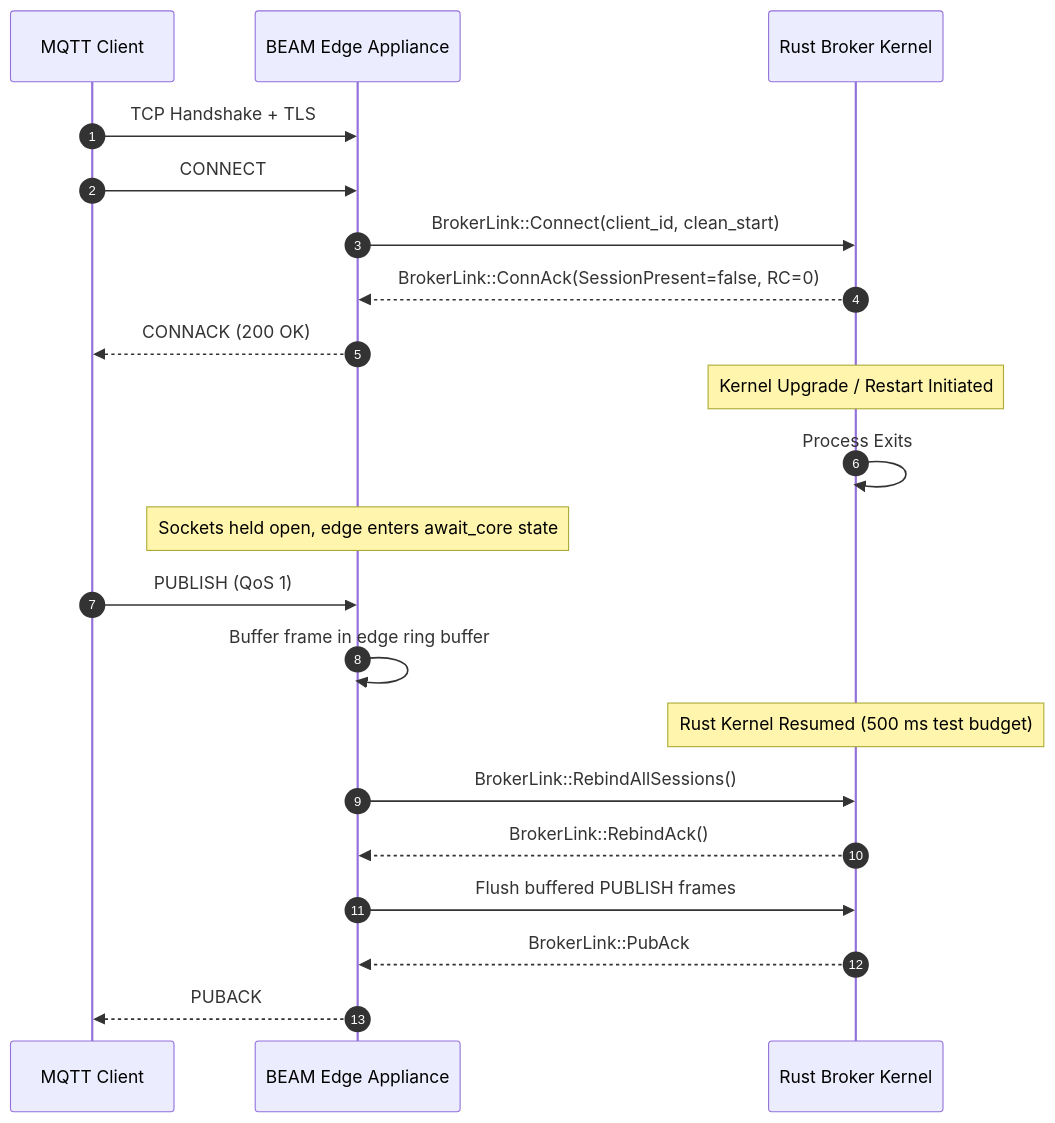
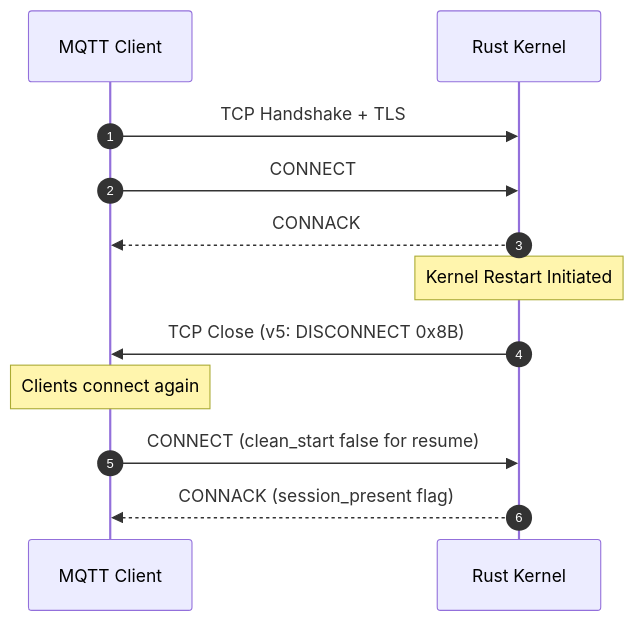
Before and after one commit to Indus-Stack/indramqtt: the second of 3 diagrams in ARCHITECTURE.md, drawn with Mermaid. The commit also changed other lines of this file and 8 other files, not shown here.

Commit message:
checkpoint ER-13

````diff
--- a/ARCHITECTURE.md
+++ b/ARCHITECTURE.md
@@ -73,26 +68,16 @@
 ```mermaid
 sequenceDiagram
     autonumber
     participant Client as MQTT Client
-    participant BEAM as BEAM Edge Appliance
-    participant Rust as Rust Broker Kernel
+    participant Kernel as Rust Kernel
 
-    Client->>BEAM: TCP Handshake + TLS
-    Client->>BEAM: CONNECT
-    BEAM->>Rust: BrokerLink::Connect(client_id, clean_start)
-    Rust-->>BEAM: BrokerLink::ConnAck(SessionPresent=false, RC=0)
-    BEAM-->>Client: CONNACK (200 OK)
+    Client->>Kernel: TCP Handshake + TLS
+    Client->>Kernel: CONNECT
+    Kernel-->>Client: CONNACK
 
-    Note over Rust: Kernel Upgrade / Restart Initiated
-    Rust->>Rust: Process Exits
-    Note over BEAM: Sockets held open, edge enters await_core state
-    Client->>BEAM: PUBLISH (QoS 1)
-    BEAM->>BEAM: Buffer frame in edge ring buffer
-
-    Note over Rust: Rust Kernel Resumed (500 ms test budget)
-    BEAM->>Rust: BrokerLink::RebindAllSessions()
-    Rust-->>BEAM: BrokerLink::RebindAck()
-    BEAM->>Rust: Flush buffered PUBLISH frames
-    Rust-->>BEAM: BrokerLink::PubAck
-    BEAM-->>Client: PUBACK
+    Note over Kernel: Kernel Restart Initiated
+    Kernel->>Client: TCP Close (v5: DISCONNECT 0x8B)
+    Note over Client: Clients connect again
+    Client->>Kernel: CONNECT (clean_start false for resume)
+    Kernel-->>Client: CONNACK (session_present flag)
 ```
````
